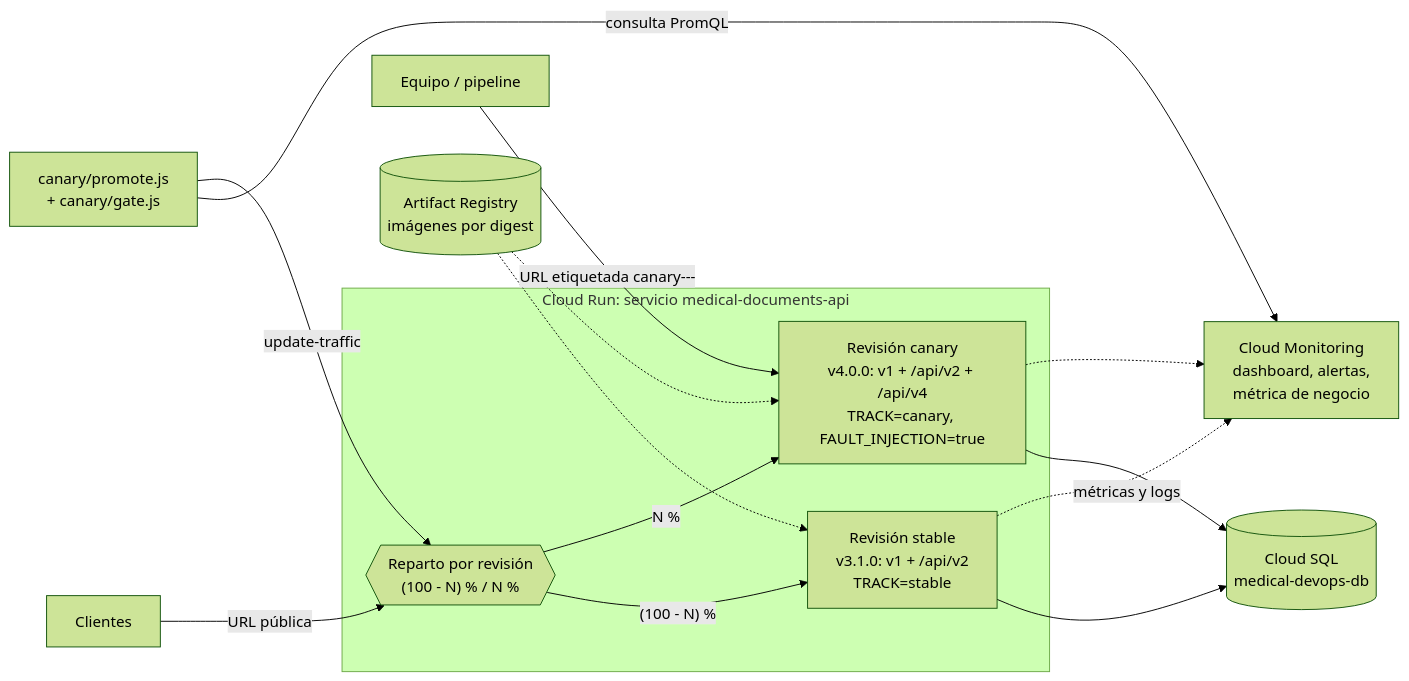
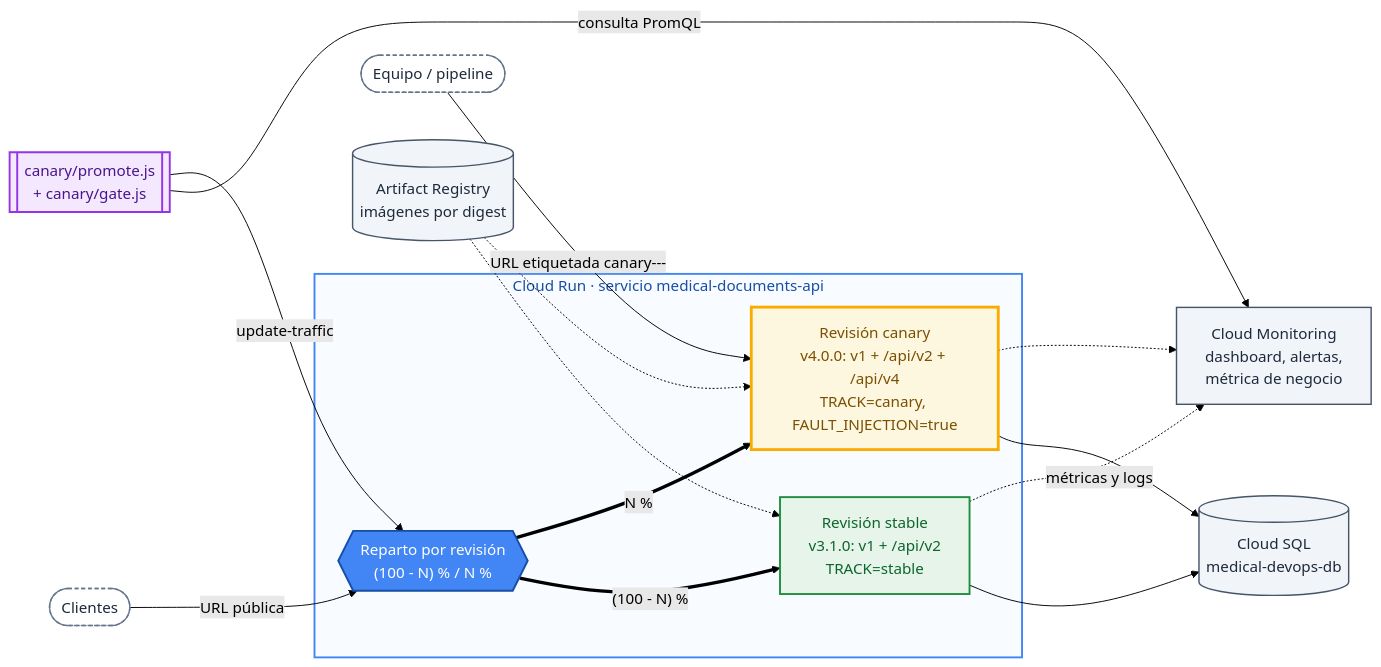
The second of 2 diagrams in README.md (LeonardoG2005/MedicalDevops), drawn with Mermaid (forest theme) before and after one commit. The commit also changed other lines of this file, not shown here.

Commit message:
:lipstick: style: color the architecture diagrams by cloud and by track

````diff
--- a/README.md
+++ b/README.md
@@ -282,22 +306,38 @@
 ```mermaid
 flowchart LR
-  Clientes[Clientes] -->|URL pública| Router
-  Equipo[Equipo / pipeline] -->|"URL etiquetada canary---"| Canary
+  Clientes(["Clientes"]) -->|URL pública| Router
+  Equipo(["Equipo / pipeline"]) -->|"URL etiquetada canary---"| Canary
 
-  subgraph Run["Cloud Run: servicio medical-documents-api"]
+  subgraph Run["Cloud Run · servicio medical-documents-api"]
     Router{{"Reparto por revisión<br/>(100 - N) % / N %"}}
     Stable["Revisión stable<br/>v3.1.0: v1 + /api/v2<br/>TRACK=stable"]
     Canary["Revisión canary<br/>v4.0.0: v1 + /api/v2 + /api/v4<br/>TRACK=canary, FAULT_INJECTION=true"]
-    Router -->|"(100 - N) %"| Stable
-    Router -->|"N %"| Canary
+    Router ==>|"(100 - N) %"| Stable
+    Router ==>|"N %"| Canary
   end
 
   AR[("Artifact Registry<br/>imágenes por digest")] -.-> Stable
   AR -.-> Canary
   Stable --> SQL[("Cloud SQL<br/>medical-devops-db")]
   Canary --> SQL
   Stable -.->|métricas y logs| Mon["Cloud Monitoring<br/>dashboard, alertas,<br/>métrica de negocio"]
   Canary -.-> Mon
-  Gate["canary/promote.js<br/>+ canary/gate.js"] -->|consulta PromQL| Mon
+  Gate[["canary/promote.js<br/>+ canary/gate.js"]] -->|consulta PromQL| Mon
   Gate -->|update-traffic| Router
+
+  classDef stable fill:#e6f4ea,stroke:#1e8e3e,stroke-width:2px,color:#0d652d
+  classDef canary fill:#fef7e0,stroke:#f9ab00,stroke-width:3px,color:#7a4f01
+  classDef router fill:#4285f4,stroke:#174ea6,stroke-width:2px,color:#ffffff
+  classDef gate fill:#f3e8fd,stroke:#9334e6,stroke-width:2px,color:#4a148c
+  classDef data fill:#f1f5f9,stroke:#475569,stroke-width:1.5px,color:#1e293b
+  classDef ext fill:#ffffff,stroke:#64748b,stroke-width:1.5px,stroke-dasharray:4 3,color:#1e293b
+
+  class Stable stable
+  class Canary canary
+  class Router router
+  class Gate gate
+  class AR,SQL,Mon data
+  class Clientes,Equipo ext
+
+  style Run fill:#f8fbff,stroke:#4285f4,stroke-width:2px,color:#174ea6
 ```
````
